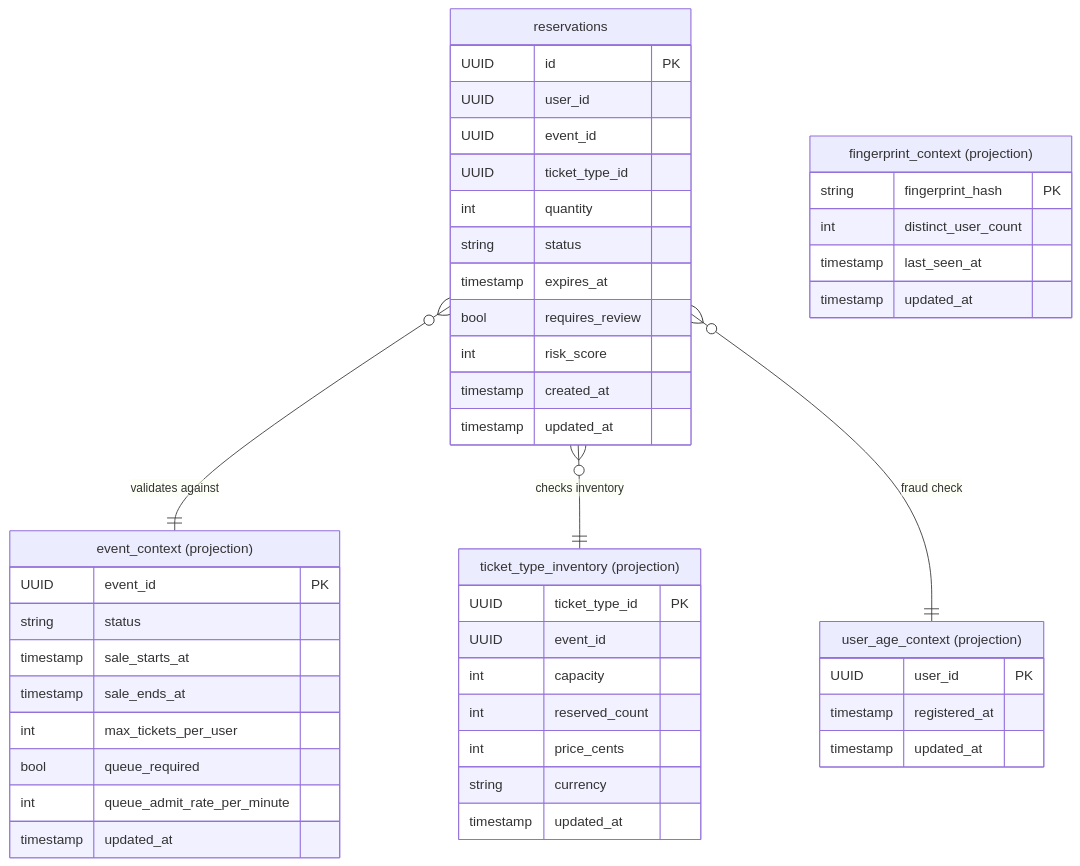
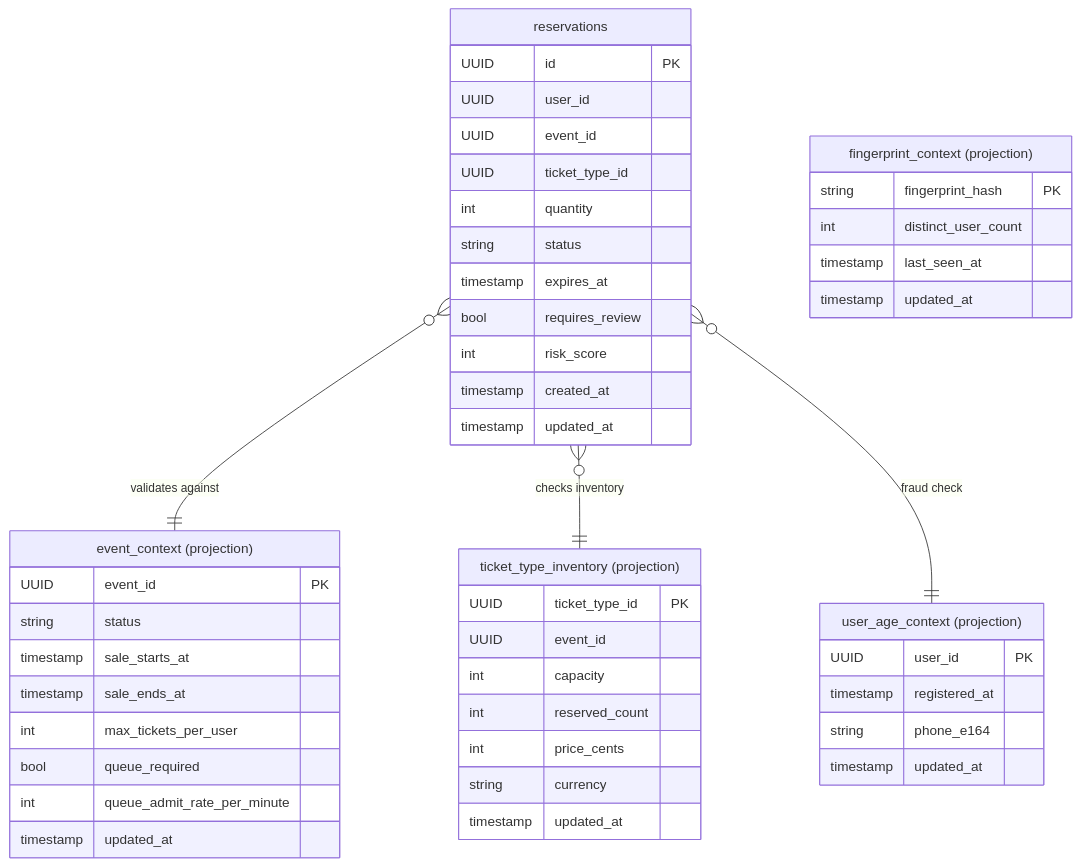
One commit to cristiangilsanz/qrew changed the diagram in docs/api/services/schemas/sales.md. Above: the diagram before and after it, drawn with Mermaid.

Commit message:
docs: add phone_e164 to user_age_context schema diagram

````diff
--- a/docs/api/services/schemas/sales.md
+++ b/docs/api/services/schemas/sales.md
@@ -3,54 +3,55 @@
 ```mermaid
 erDiagram
     reservations {
         UUID id PK
         UUID user_id
         UUID event_id
         UUID ticket_type_id
         int quantity
         string status
         timestamp expires_at
         bool requires_review
         int risk_score
         timestamp created_at
         timestamp updated_at
     }
 
     event_context["event_context (projection)"] {
         UUID event_id PK
         string status
         timestamp sale_starts_at
         timestamp sale_ends_at
         int max_tickets_per_user
         bool queue_required
         int queue_admit_rate_per_minute
         timestamp updated_at
     }
 
     ticket_type_inventory["ticket_type_inventory (projection)"] {
         UUID ticket_type_id PK
         UUID event_id
         int capacity
         int reserved_count
         int price_cents
         string currency
         timestamp updated_at
     }
 
     user_age_context["user_age_context (projection)"] {
         UUID user_id PK
         timestamp registered_at
+        string phone_e164
         timestamp updated_at
     }
 
     fingerprint_context["fingerprint_context (projection)"] {
         string fingerprint_hash PK
         int distinct_user_count
         timestamp last_seen_at
         timestamp updated_at
     }
 
     reservations }o--|| event_context : "validates against"
     reservations }o--|| ticket_type_inventory : "checks inventory"
     reservations }o--|| user_age_context : "fraud check"
 ```
````
